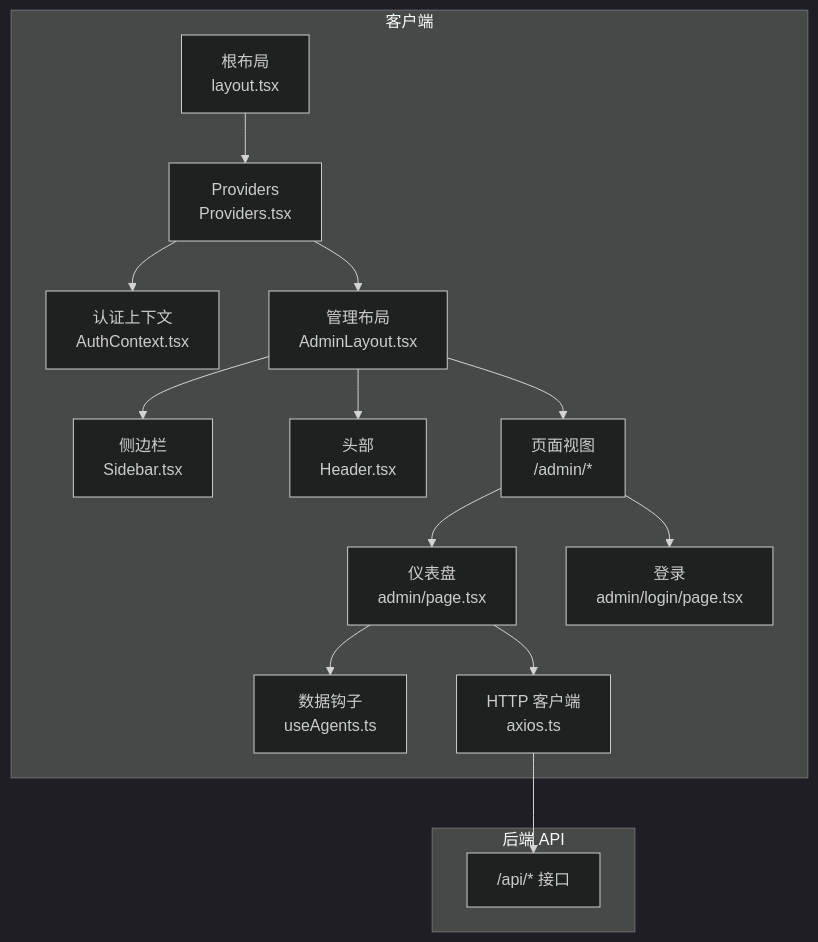
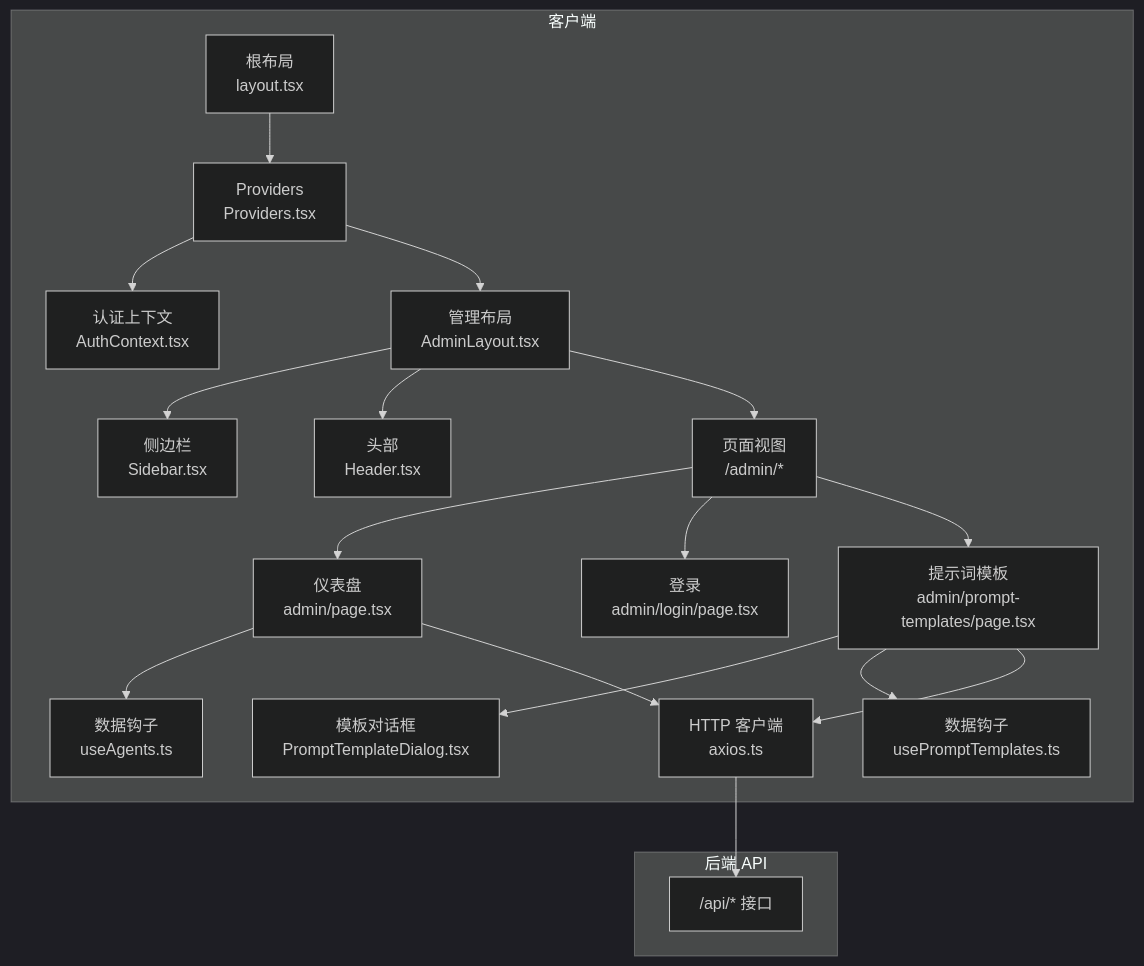
The second of 7 diagrams in .qoder/repowiki/zh/content/后台管理系统/管理界面概览.md (KunLabAI/KunFlix), drawn with Mermaid (dark theme) before and after one commit. The commit also changed other lines of this file and 25 other files, not shown here.

````diff
--- a/.qoder/repowiki/zh/content/后台管理系统/管理界面概览.md
+++ b/.qoder/repowiki/zh/content/后台管理系统/管理界面概览.md
@@ -84,19 +105,23 @@
 ```mermaid
 graph TB
 subgraph "客户端"
 L["根布局<br/>layout.tsx"] --> P["Providers<br/>Providers.tsx"]
 P --> A["认证上下文<br/>AuthContext.tsx"]
 P --> LYT["管理布局<br/>AdminLayout.tsx"]
 LYT --> S["侧边栏<br/>Sidebar.tsx"]
 LYT --> H["头部<br/>Header.tsx"]
 LYT --> V["页面视图<br/>/admin/*"]
 V --> D["仪表盘<br/>admin/page.tsx"]
 V --> LG["登录<br/>admin/login/page.tsx"]
+V --> PT["提示词模板<br/>admin/prompt-templates/page.tsx"]
+PT --> PD["模板对话框<br/>PromptTemplateDialog.tsx"]
 D --> SWR["数据钩子<br/>useAgents.ts"]
+PT --> SWR2["数据钩子<br/>usePromptTemplates.ts"]
 D --> AX["HTTP 客户端<br/>axios.ts"]
+PT --> AX
 end
 subgraph "后端 API"
 API["/api/* 接口"]
 end
 AX --> API
 ```
````
